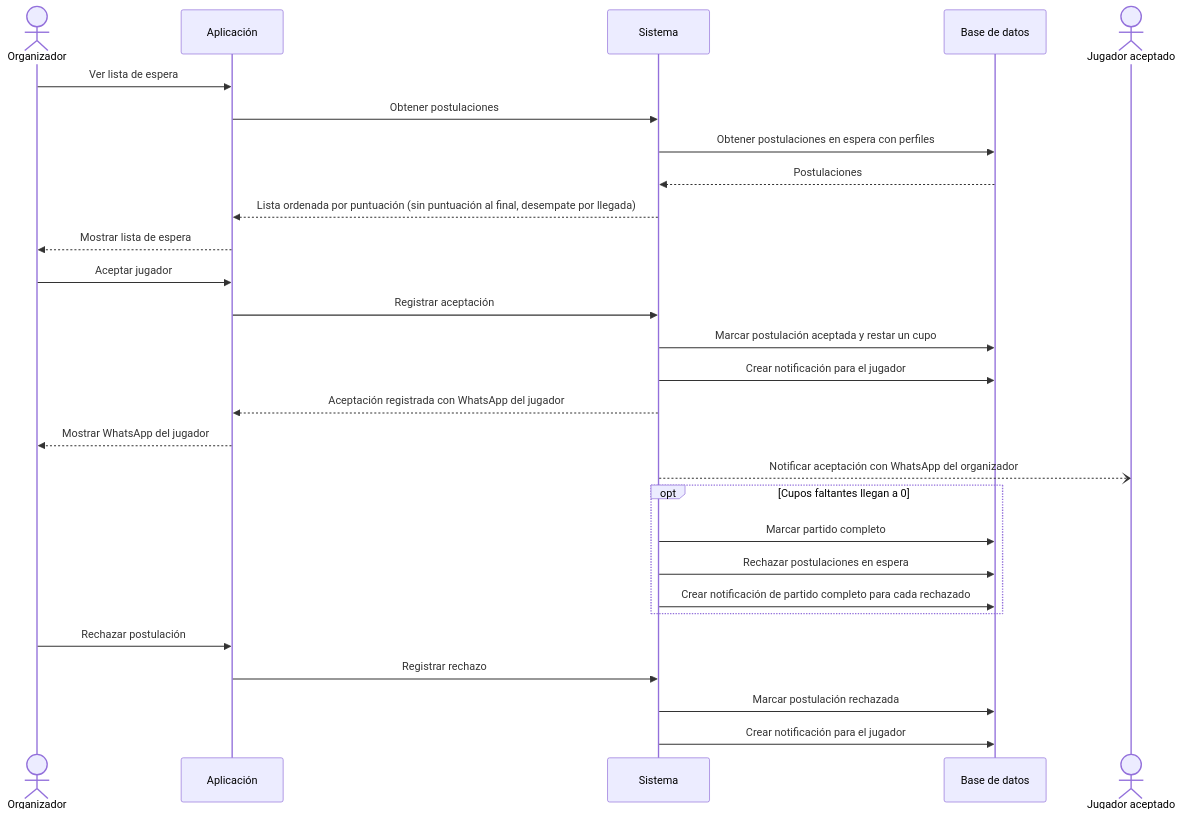
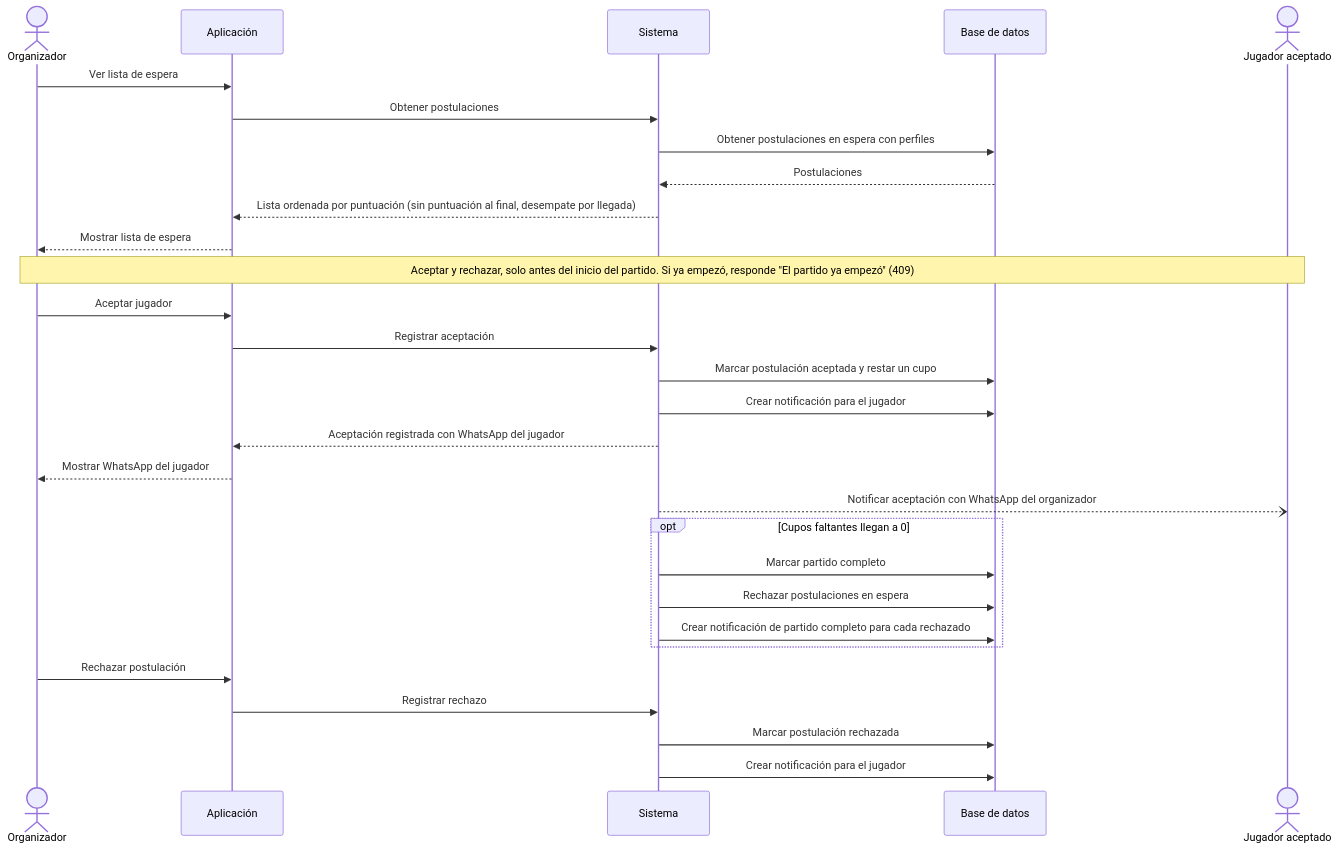
The diagram in docs/diagramas/03-aceptar-jugador-y-whatsapp.md (nvranco/fulvo), drawn with Mermaid before and after one commit. The commit also changed 6 other files, not shown here.

First line of the commit message:
docs: documento las reglas del partido empezado y sin aceptados

````diff
--- a/docs/diagramas/03-aceptar-jugador-y-whatsapp.md
+++ b/docs/diagramas/03-aceptar-jugador-y-whatsapp.md
@@ -3,34 +3,35 @@
 ```mermaid
 sequenceDiagram
     actor O as Organizador
     participant A as Aplicación
     participant S as Sistema
     participant BD as Base de datos
     actor J as Jugador aceptado
 
     O->>A: Ver lista de espera
     A->>S: Obtener postulaciones
     S->>BD: Obtener postulaciones en espera con perfiles
     BD-->>S: Postulaciones
     S-->>A: Lista ordenada por puntuación (sin puntuación al final, desempate por llegada)
     A-->>O: Mostrar lista de espera
 
+    Note over O,J: Aceptar y rechazar, solo antes del inicio del partido. Si ya empezó, responde "El partido ya empezó" (409)
     O->>A: Aceptar jugador
     A->>S: Registrar aceptación
     S->>BD: Marcar postulación aceptada y restar un cupo
     S->>BD: Crear notificación para el jugador
     S-->>A: Aceptación registrada con WhatsApp del jugador
     A-->>O: Mostrar WhatsApp del jugador
     S--)J: Notificar aceptación con WhatsApp del organizador
 
     opt Cupos faltantes llegan a 0
         S->>BD: Marcar partido completo
         S->>BD: Rechazar postulaciones en espera
         S->>BD: Crear notificación de partido completo para cada rechazado
     end
 
     O->>A: Rechazar postulación
     A->>S: Registrar rechazo
     S->>BD: Marcar postulación rechazada
     S->>BD: Crear notificación para el jugador
 ```
````
